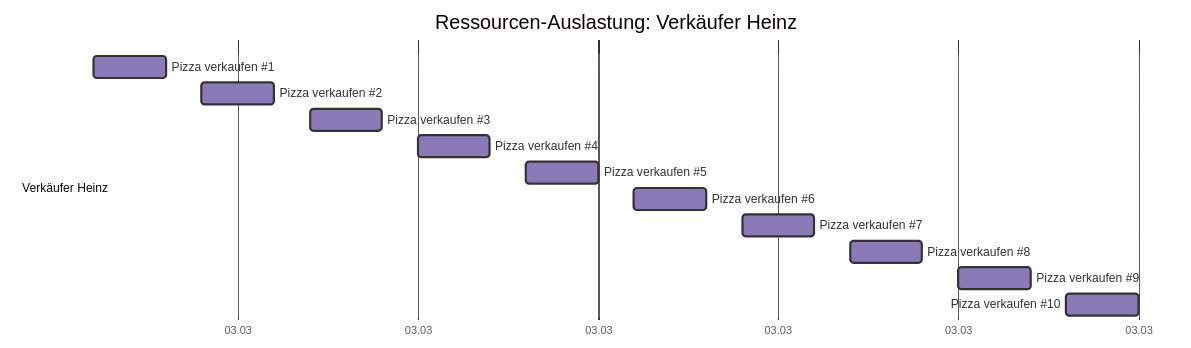
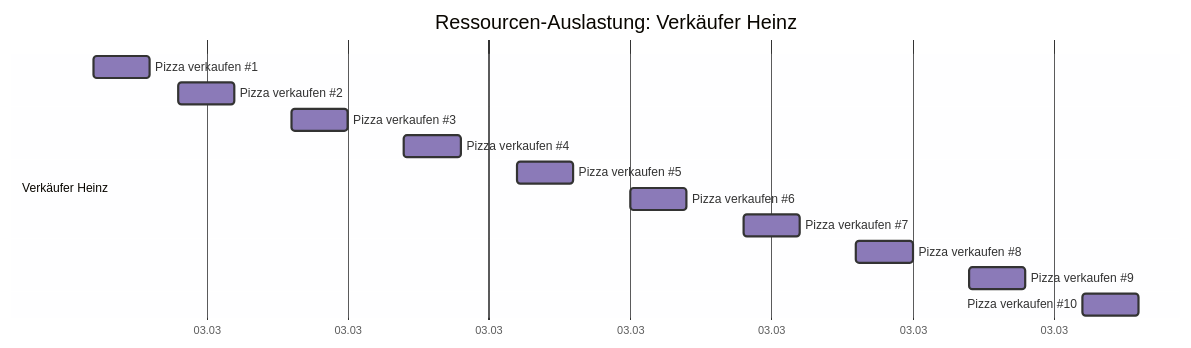
One commit to mistamichael/sproject changed the fifth of 5 diagrams in tests/golden/pizzas.md. Above: the diagram before and after it, drawn with Mermaid. The commit also changed other lines of this file and 27 other files, not shown here.

````diff
--- a/tests/golden/pizzas.md
+++ b/tests/golden/pizzas.md
@@ -354,21 +359,21 @@
 ```mermaid
 %%{init: {'theme': 'base', 'themeVariables': {'taskBkgColor': '#8B7AB8', 'taskBorderColor': '#333', 'taskTextColor': '#fff'}}}%%
 gantt
     title Ressourcen-Auslastung: Verkäufer Heinz
     dateFormat  YYYY-MM-DD HH:mm
     axisFormat  %d.%m
     excludes    weekends, 2026-01-01, 2026-01-06, 2026-04-03, 2026-04-06, 2026-05-01, 2026-05-14, 2026-05-25, 2026-06-04, 2026-08-15, 2026-10-03, 2026-11-01, 2026-12-25, 2026-12-26
 
     section Verkäufer Heinz
 
     Pizza verkaufen #1          :t0, 2026-03-03 10:11, 2026-03-03 10:13
     Pizza verkaufen #2          :t1, 2026-03-03 10:14, 2026-03-03 10:16
-    Pizza verkaufen #3          :t2, 2026-03-03 10:17, 2026-03-03 10:19
-    Pizza verkaufen #4          :t3, 2026-03-03 10:20, 2026-03-03 10:22
-    Pizza verkaufen #5          :t4, 2026-03-03 10:23, 2026-03-03 10:25
-    Pizza verkaufen #6          :t5, 2026-03-03 10:26, 2026-03-03 10:28
-    Pizza verkaufen #7          :t6, 2026-03-03 10:29, 2026-03-03 10:31
-    Pizza verkaufen #8          :t7, 2026-03-03 10:32, 2026-03-03 10:34
-    Pizza verkaufen #9          :t8, 2026-03-03 10:35, 2026-03-03 10:37
-    Pizza verkaufen #10         :t9, 2026-03-03 10:38, 2026-03-03 10:40
+    Pizza verkaufen #3          :t2, 2026-03-03 10:18, 2026-03-03 10:20
+    Pizza verkaufen #4          :t3, 2026-03-03 10:22, 2026-03-03 10:24
+    Pizza verkaufen #5          :t4, 2026-03-03 10:26, 2026-03-03 10:28
+    Pizza verkaufen #6          :t5, 2026-03-03 10:30, 2026-03-03 10:32
+    Pizza verkaufen #7          :t6, 2026-03-03 10:34, 2026-03-03 10:36
+    Pizza verkaufen #8          :t7, 2026-03-03 10:38, 2026-03-03 10:40
+    Pizza verkaufen #9          :t8, 2026-03-03 10:42, 2026-03-03 10:44
+    Pizza verkaufen #10         :t9, 2026-03-03 10:46, 2026-03-03 10:48
 ```
````
